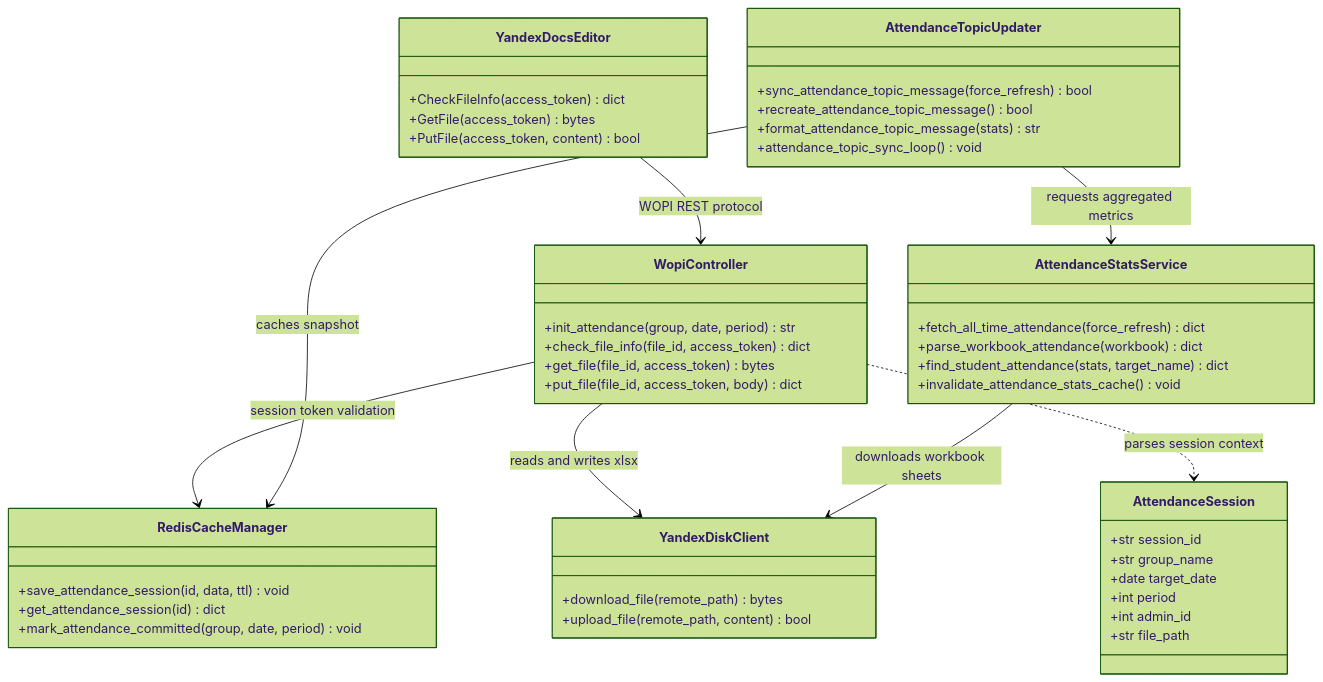
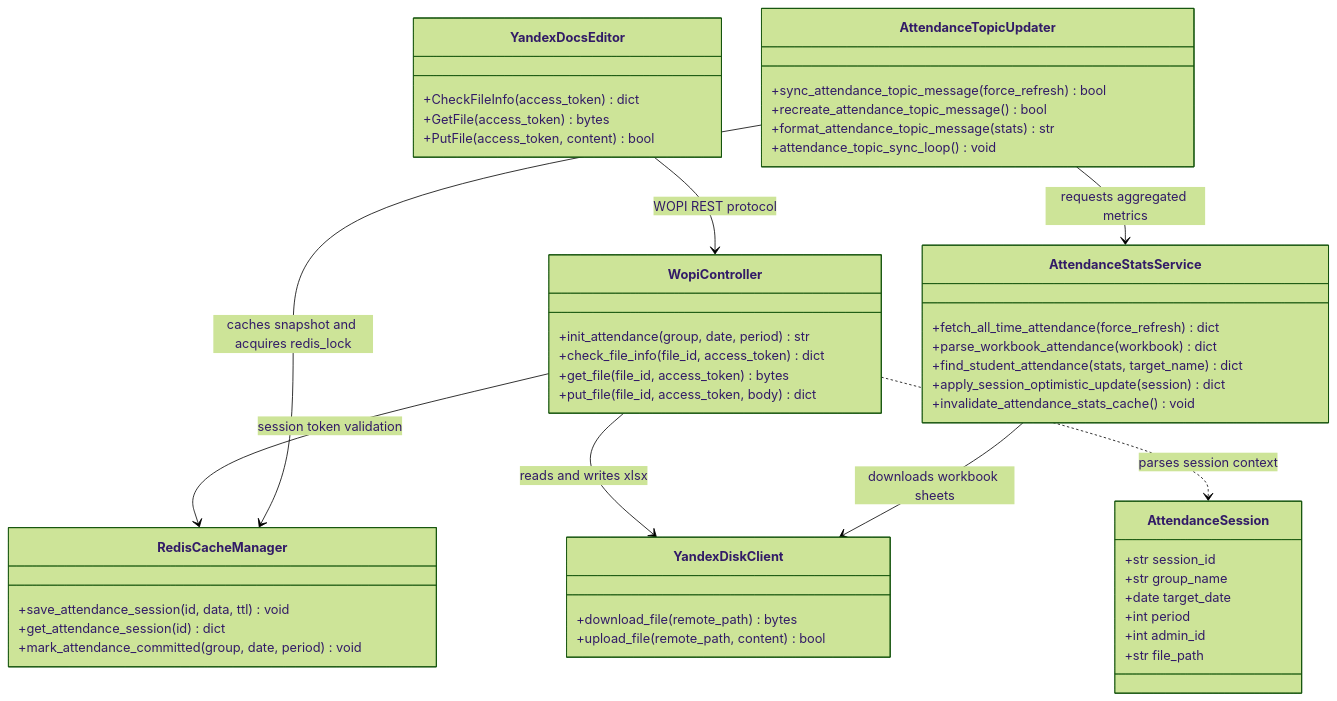
The sixth of 7 diagrams in docs/UML.md (Utkautka1/para), drawn with Mermaid (forest theme) before and after one commit. The commit also changed other lines of this file and 9 other files, not shown here.

````diff
--- a/docs/UML.md
+++ b/docs/UML.md
@@ -445,59 +445,60 @@
 ```mermaid
 classDiagram
     direction TB
 
     class AttendanceSession {
         +str session_id
         +str group_name
         +date target_date
         +int period
         +int admin_id
         +str file_path
     }
 
     class WopiController {
         +init_attendance(group, date, period) str
         +check_file_info(file_id, access_token) dict
         +get_file(file_id, access_token) bytes
         +put_file(file_id, access_token, body) dict
     }
 
     class RedisCacheManager {
         +save_attendance_session(id, data, ttl) void
         +get_attendance_session(id) dict
         +mark_attendance_committed(group, date, period) void
     }
 
     class YandexDiskClient {
         +download_file(remote_path) bytes
         +upload_file(remote_path, content) bool
     }
 
     class YandexDocsEditor {
         +CheckFileInfo(access_token) dict
         +GetFile(access_token) bytes
         +PutFile(access_token, content) bool
     }
 
     class AttendanceStatsService {
         +fetch_all_time_attendance(force_refresh) dict
         +parse_workbook_attendance(workbook) dict
         +find_student_attendance(stats, target_name) dict
+        +apply_session_optimistic_update(session) dict
         +invalidate_attendance_stats_cache() void
     }
 
     class AttendanceTopicUpdater {
         +sync_attendance_topic_message(force_refresh) bool
         +recreate_attendance_topic_message() bool
         +format_attendance_topic_message(stats) str
         +attendance_topic_sync_loop() void
     }
 
     WopiController --> RedisCacheManager : session token validation
     WopiController --> YandexDiskClient : reads and writes xlsx
     WopiController ..> AttendanceSession : parses session context
     YandexDocsEditor --> WopiController : WOPI REST protocol
     AttendanceTopicUpdater --> AttendanceStatsService : requests aggregated metrics
-    AttendanceTopicUpdater --> RedisCacheManager : caches snapshot
+    AttendanceTopicUpdater --> RedisCacheManager : caches snapshot and acquires redis_lock
     AttendanceStatsService --> YandexDiskClient : downloads workbook sheets
 ```
````
